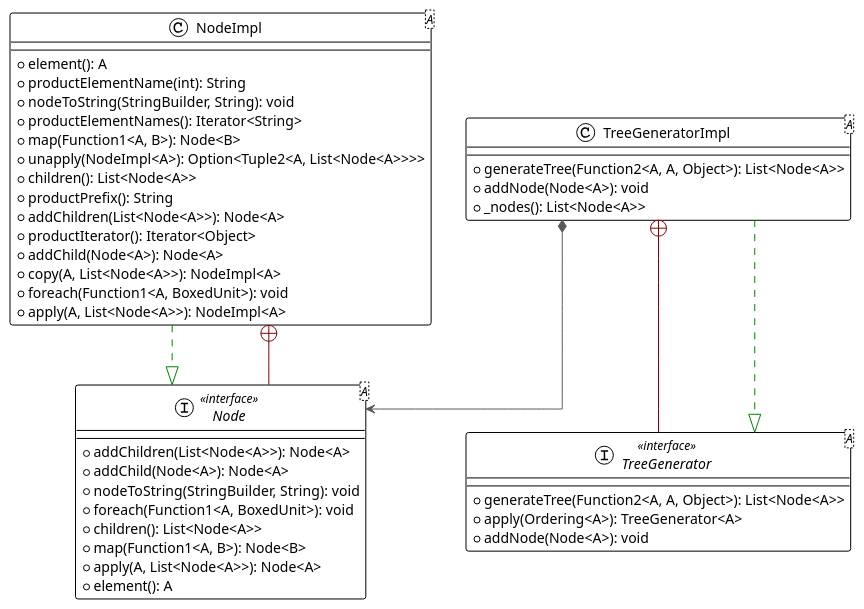
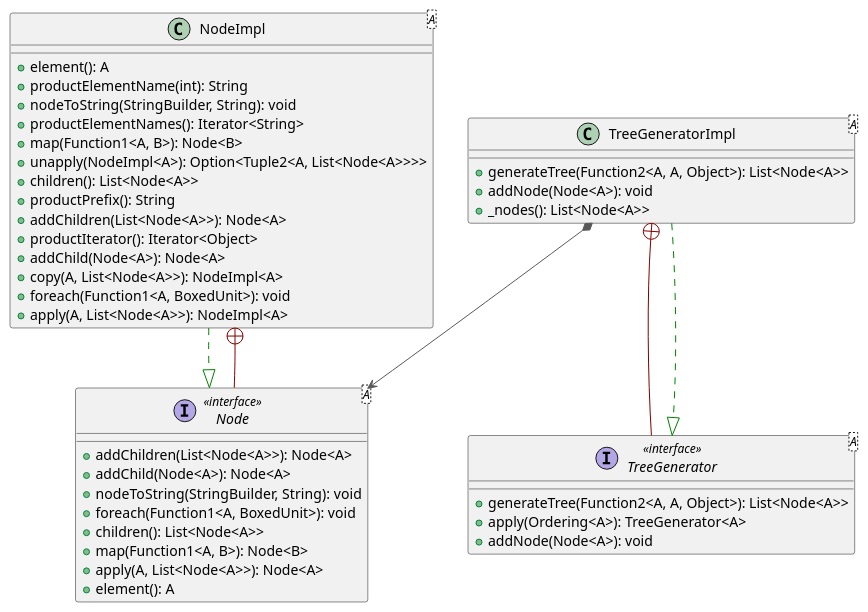
One commit to FilippoVissani/assignment-02 changed the diagram in project/src/main/uml/TreeAlgorithm.plantuml. Above: the diagram before and after it, drawn with PlantUML. The commit also changed 4 other files, not shown here.

```diff
--- a/project/src/main/uml/TreeAlgorithm.plantuml
+++ b/project/src/main/uml/TreeAlgorithm.plantuml
@@ -1,49 +1,45 @@
 @startuml
-
-!theme plain
-top to bottom direction
-skinparam linetype ortho
 
 interface Node<A> << interface >> {
   + addChildren(List<Node<A>>): Node<A>
   + addChild(Node<A>): Node<A>
   + nodeToString(StringBuilder, String): void
   + foreach(Function1<A, BoxedUnit>): void
   + children(): List<Node<A>>
   + map(Function1<A, B>): Node<B>
   + apply(A, List<Node<A>>): Node<A>
   + element(): A
 }
 class NodeImpl<A> {
   + element(): A
   + productElementName(int): String
   + nodeToString(StringBuilder, String): void
   + productElementNames(): Iterator<String>
   + map(Function1<A, B>): Node<B>
   + unapply(NodeImpl<A>): Option<Tuple2<A, List<Node<A>>>>
   + children(): List<Node<A>>
   + productPrefix(): String
   + addChildren(List<Node<A>>): Node<A>
   + productIterator(): Iterator<Object>
   + addChild(Node<A>): Node<A>
   + copy(A, List<Node<A>>): NodeImpl<A>
   + foreach(Function1<A, BoxedUnit>): void
   + apply(A, List<Node<A>>): NodeImpl<A>
 }
 interface TreeGenerator<A> << interface >> {
   + generateTree(Function2<A, A, Object>): List<Node<A>>
   + apply(Ordering<A>): TreeGenerator<A>
   + addNode(Node<A>): void
 }
 class TreeGeneratorImpl<A> {
   + generateTree(Function2<A, A, Object>): List<Node<A>>
   + addNode(Node<A>): void
   + _nodes(): List<Node<A>>
 }
 
 NodeImpl           -[#008200,dashed]-^  Node              
 NodeImpl           +-[#820000,plain]-  Node
 TreeGeneratorImpl  +-[#820000,plain]-  TreeGenerator     
 TreeGeneratorImpl  -[#008200,dashed]-^  TreeGenerator     
 TreeGeneratorImpl *-[#595959,plain]-> Node
 @enduml
```
